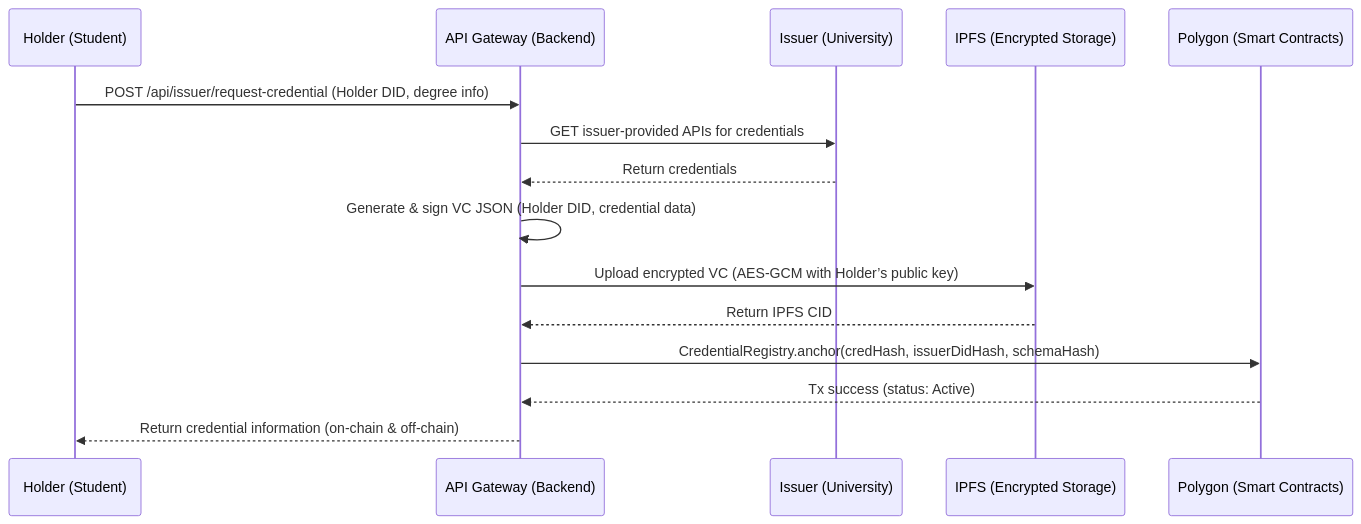
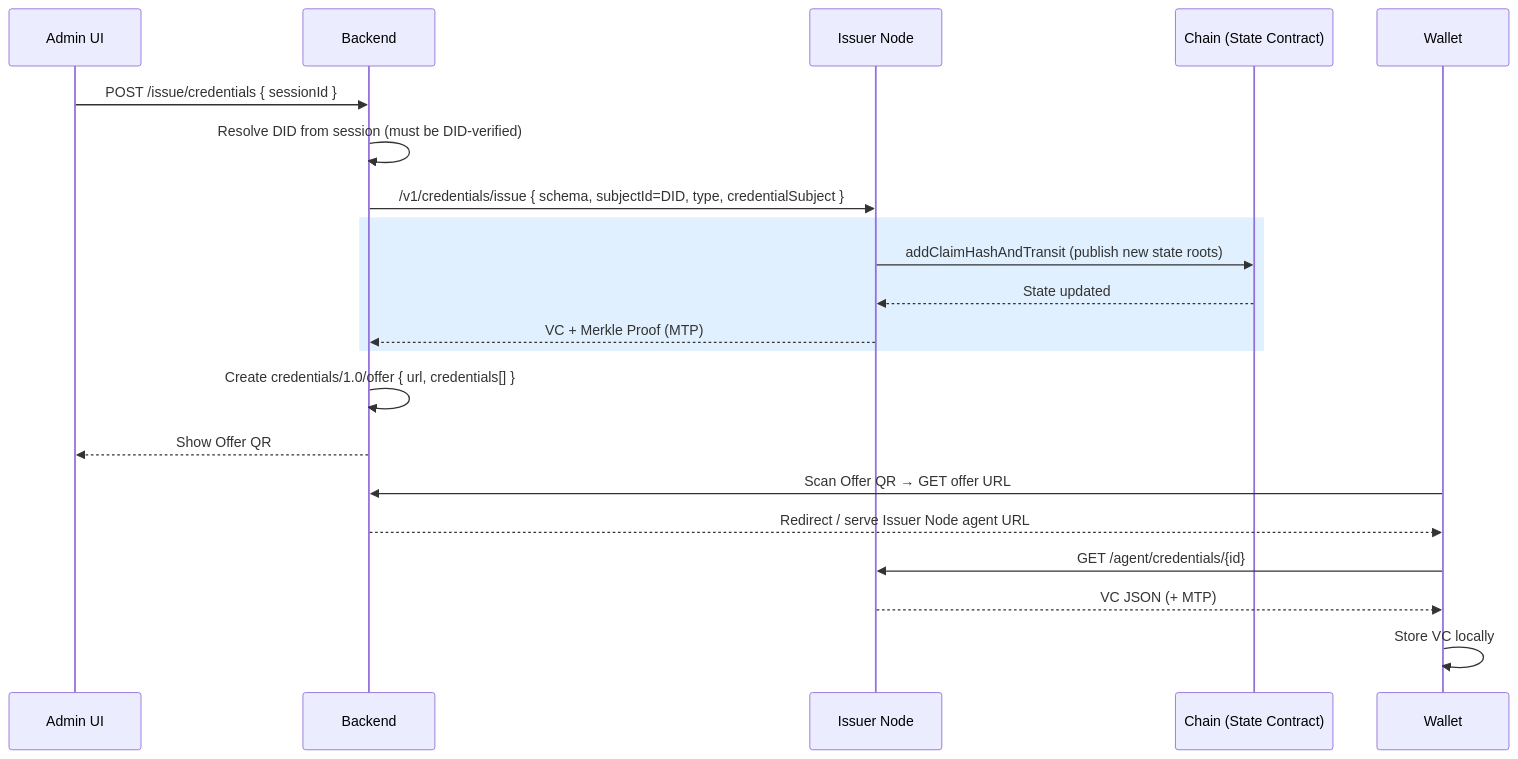
Before and after one commit to ak-asu/ProjectIAM: the second of 3 diagrams in docs/design.md, drawn with Mermaid. The commit also changed other lines of this file and 1 other file, not shown here.

````diff
--- a/docs/design.md
+++ b/docs/design.md
@@ -149,18 +140,24 @@
 ```mermaid
 sequenceDiagram
-    participant H as Holder (Student)
-    participant API as API Gateway (Backend)
-    participant I as Issuer (University)
-    participant IPFS as IPFS (Encrypted Storage)
-    participant SC as Polygon (Smart Contracts)
+participant UI as Admin UI
+participant B as Backend
+participant IN as Issuer Node
+participant C as Chain (State Contract)
+participant W as Wallet
 
-    H->>API: POST /api/issuer/request-credential (Holder DID, degree info)
-    API->>I: GET issuer-provided APIs for credentials
-   I-->>API: Return credentials
-    API->>API: Generate & sign VC JSON (Holder DID, credential data)
-    API->>IPFS: Upload encrypted VC (AES-GCM with Holder’s public key)
-    IPFS-->>API: Return IPFS CID
-    API->>SC: CredentialRegistry.anchor(credHash, issuerDidHash, schemaHash)
-    SC-->>API: Tx success (status: Active)
-    API-->>H: Return credential information (on-chain & off-chain)
+UI->>B: POST /issue/credentials { sessionId }
+B->>B: Resolve DID from session (must be DID‑verified)
+B->>IN: /v1/credentials/issue { schema, subjectId=DID, type, credentialSubject }
+rect rgb(224,240,255)
+IN->>C: addClaimHashAndTransit (publish new state roots)
+C-->>IN: State updated
+IN-->>B: VC + Merkle Proof (MTP)
+end
+B->>B: Create credentials/1.0/offer { url, credentials[] }
+B-->>UI: Show Offer QR
+W->>B: Scan Offer QR → GET offer URL
+B-->>W: Redirect / serve Issuer Node agent URL
+W->>IN: GET /agent/credentials/{id}
+IN-->>W: VC JSON (+ MTP)
+W->>W: Store VC locally
 ```
````
